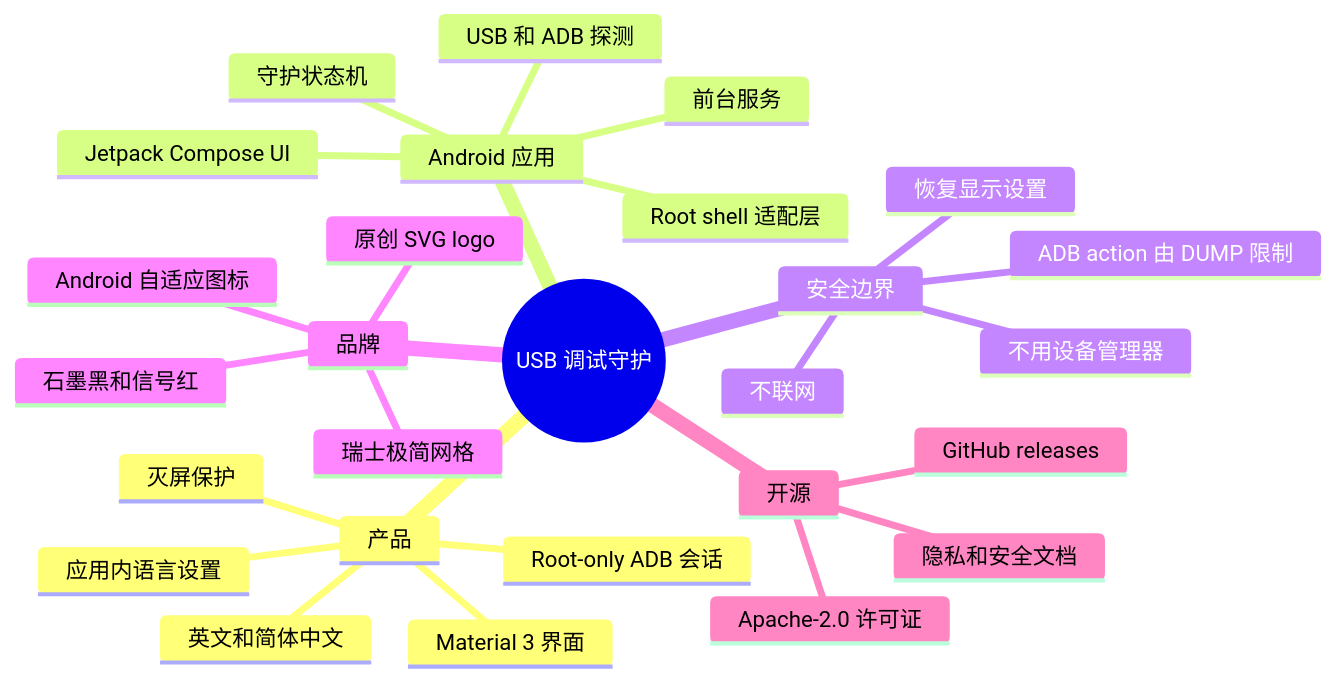
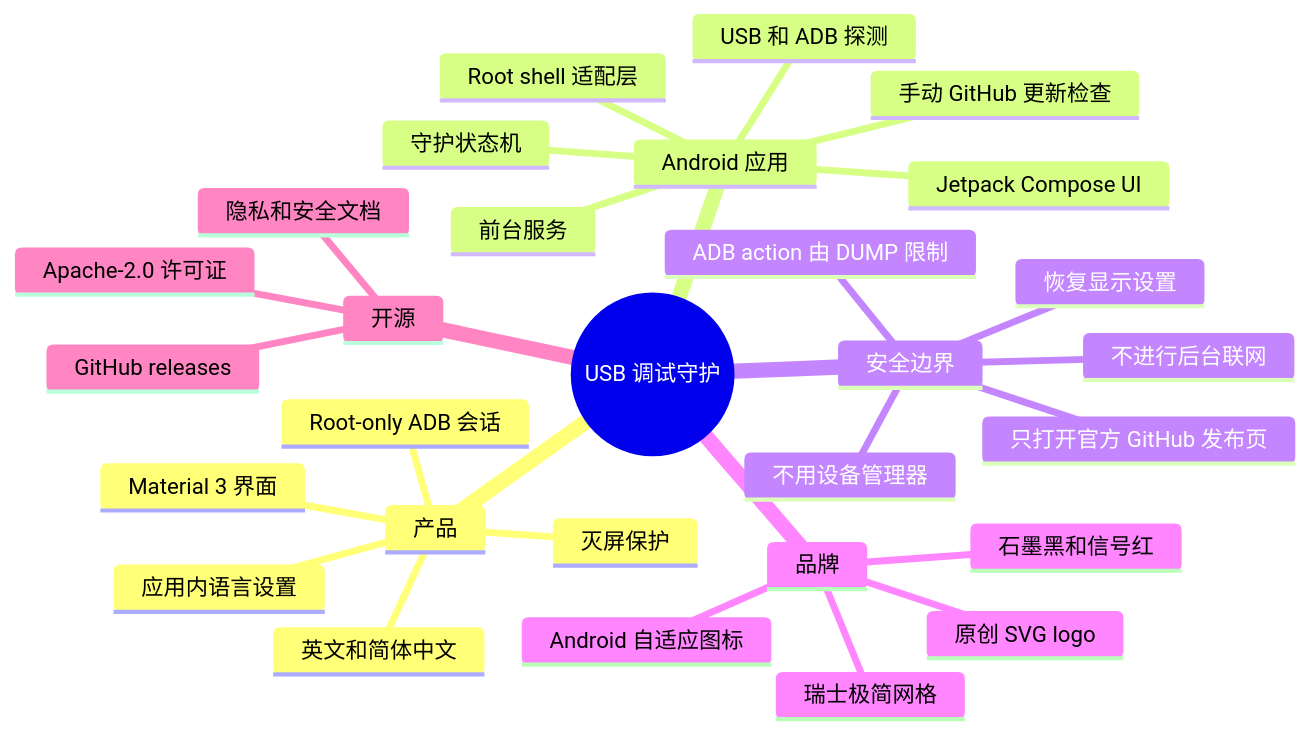
The diagram in README.zh-CN.md (Nongfsq/usb-debug-guard), drawn with Mermaid before and after one commit. The commit also changed other lines of this file and 39 other files, not shown here.

````diff
--- a/README.zh-CN.md
+++ b/README.zh-CN.md
@@ -34,30 +36,32 @@
 ```mermaid
 mindmap
   root((USB 调试守护))
     产品
       Root-only ADB 会话
       灭屏保护
       Material 3 界面
       英文和简体中文
       应用内语言设置
     Android 应用
       Jetpack Compose UI
       前台服务
       守护状态机
       USB 和 ADB 探测
       Root shell 适配层
+      手动 GitHub 更新检查
     安全边界
       不用设备管理器
-      不联网
+      不进行后台联网
+      只打开官方 GitHub 发布页
       恢复显示设置
       ADB action 由 DUMP 限制
     品牌
       原创 SVG logo
       瑞士极简网格
       石墨黑和信号红
       Android 自适应图标
     开源
       Apache-2.0 许可证
       隐私和安全文档
       GitHub releases
 ```
````
